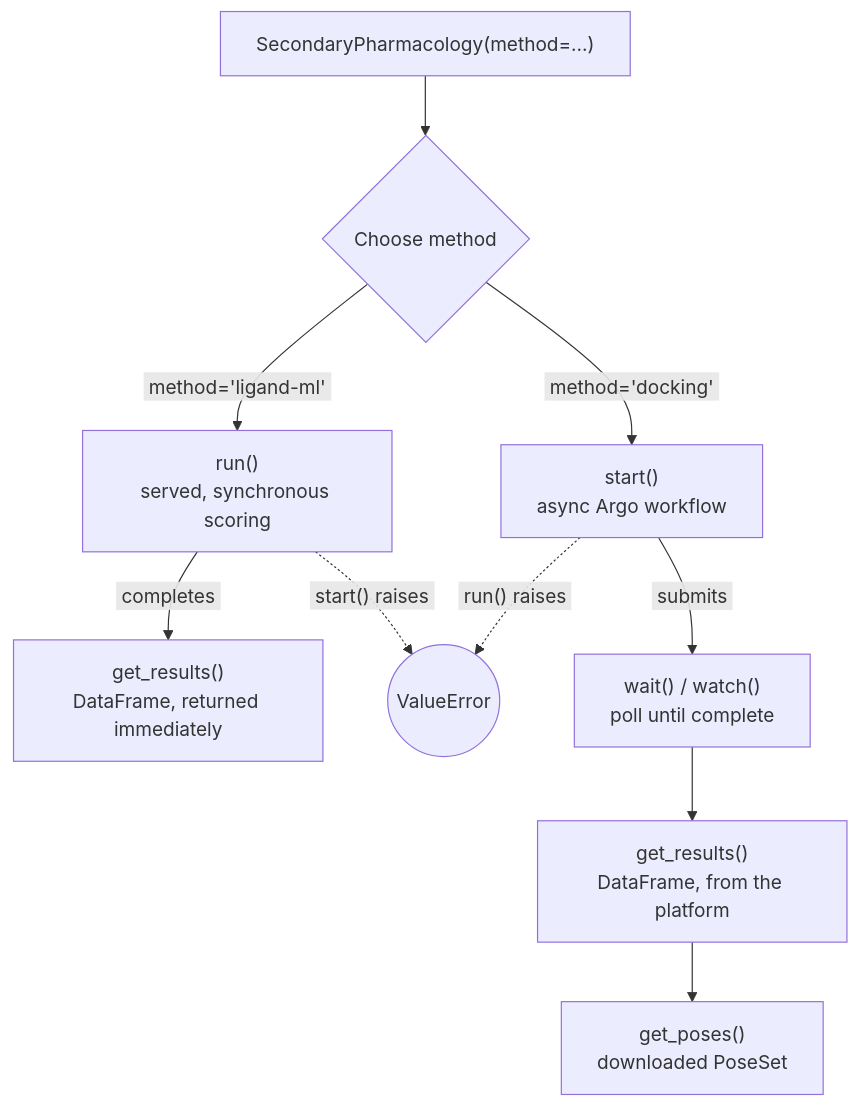
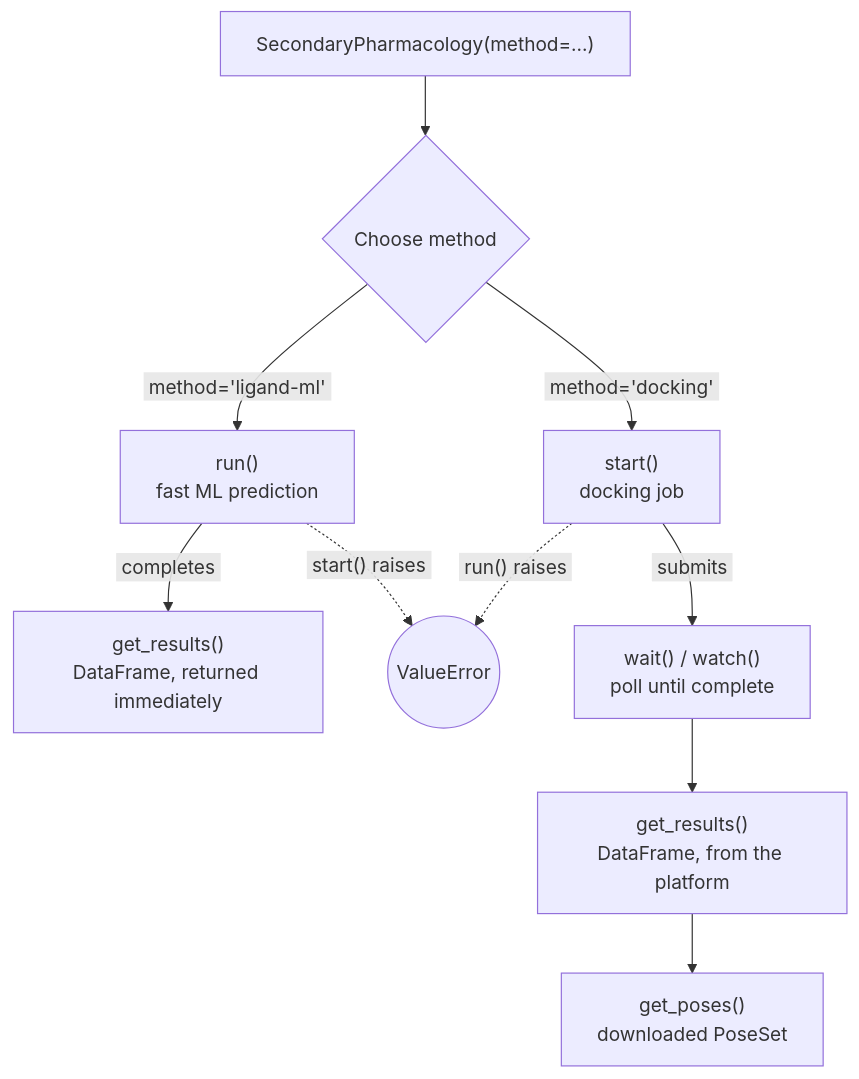
One commit to deeporiginbio/do-dd-client changed the diagram in docs/dd/tools/secondary-pharma.md. Above: the diagram before and after it, drawn with Mermaid. The commit also changed other lines of this file and 2 other files, not shown here.

````diff
--- a/docs/dd/tools/secondary-pharma.md
+++ b/docs/dd/tools/secondary-pharma.md
@@ -21,14 +22,14 @@
 ```mermaid
 flowchart TD
     ctor["SecondaryPharmacology(method=...)"] --> choose{"Choose method"}
-    choose -->|"&nbsp;method='ligand-ml'&nbsp;"| ml_run["run()<br/>served, synchronous scoring"]
-    choose -->|"&nbsp;method='docking'&nbsp;"| dock_start["start()<br/>async Argo workflow"]
+    choose -->|"&nbsp;method='ligand-ml'&nbsp;"| ml_run["run()<br/>fast ML prediction"]
+    choose -->|"&nbsp;method='docking'&nbsp;"| dock_start["start()<br/>docking job"]
 
     ml_run -->|"&nbsp;completes&nbsp;"| ml_results["get_results()<br/>DataFrame, returned immediately"]
     ml_run -.->|"&nbsp;start() raises&nbsp;"| blocked(("ValueError"))
 
     dock_start -->|"&nbsp;submits&nbsp;"| dock_wait["wait() / watch()<br/>poll until complete"]
     dock_start -.->|"&nbsp;run() raises&nbsp;"| blocked
     dock_wait --> dock_results["get_results()<br/>DataFrame, from the platform"]
     dock_results --> dock_poses["get_poses()<br/>downloaded PoseSet"]
 ```
````
